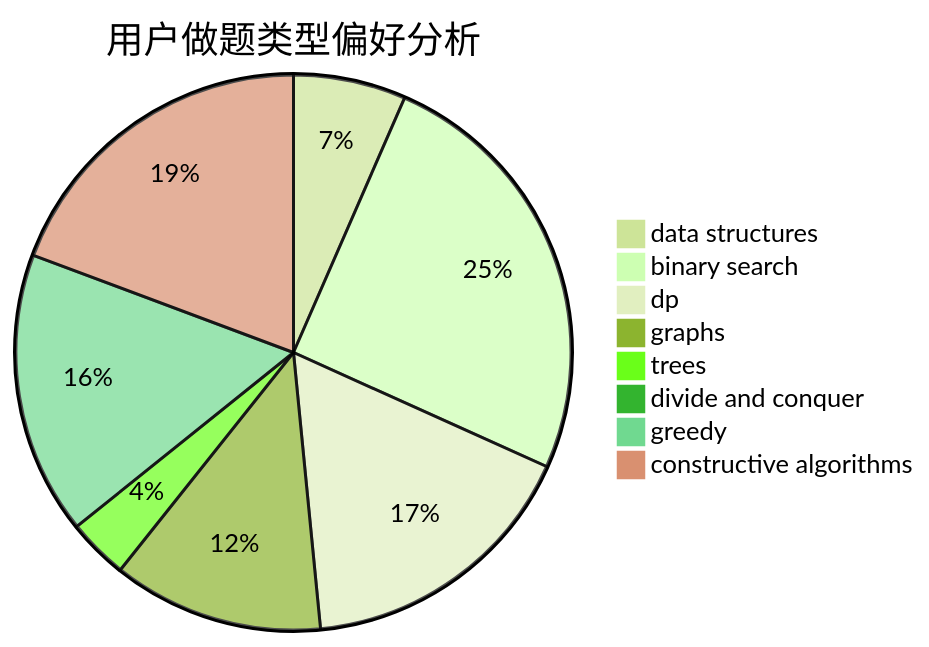
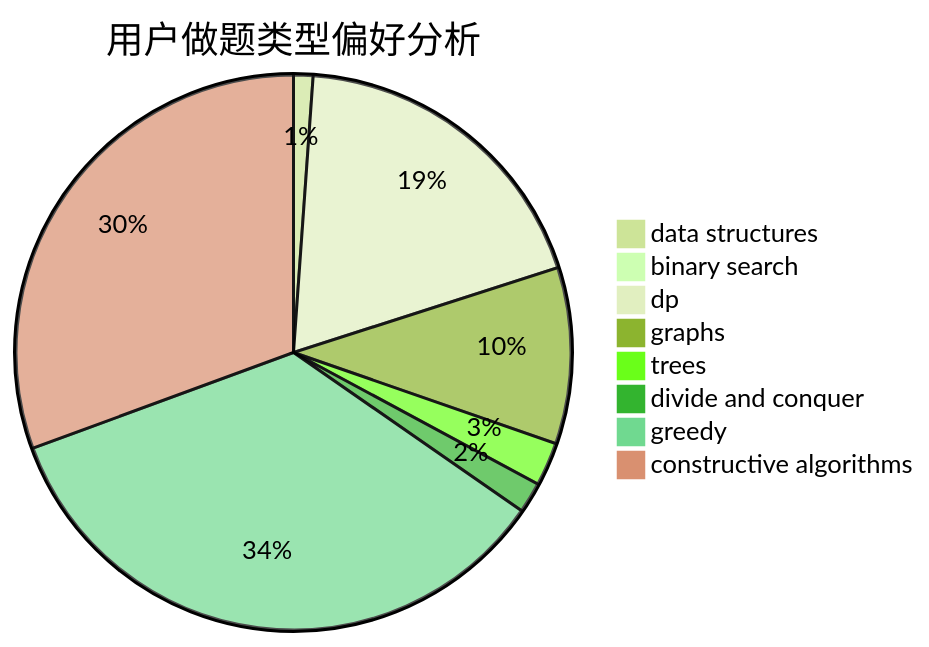
Before and after one commit to sherpahu/cfrs.github.io: the second of 3 diagrams in docs/user/u1687.md, drawn with Mermaid (forest theme). The commit also changed other lines of this file and 2770 other files, not shown here.

````diff
--- a/docs/user/u1687.md
+++ b/docs/user/u1687.md
@@ -23,11 +23,11 @@
 ```mermaid
 pie title 用户做题类型偏好分析
-    "data structures" :  78
-    "binary search" :  300
-    "dp" :  199
-    "graphs" :  146
-    "trees" :  42
-    "divide and conquer" :  8
-    "greedy" :  196
-    "constructive algorithms" :  230
+    "data structures" :  12
+    "binary search" :  9
+    "dp" :  201
+    "graphs" :  109
+    "trees" :  27
+    "divide and conquer" :  19
+    "greedy" :  369
+    "constructive algorithms" :  325
 ```
````
